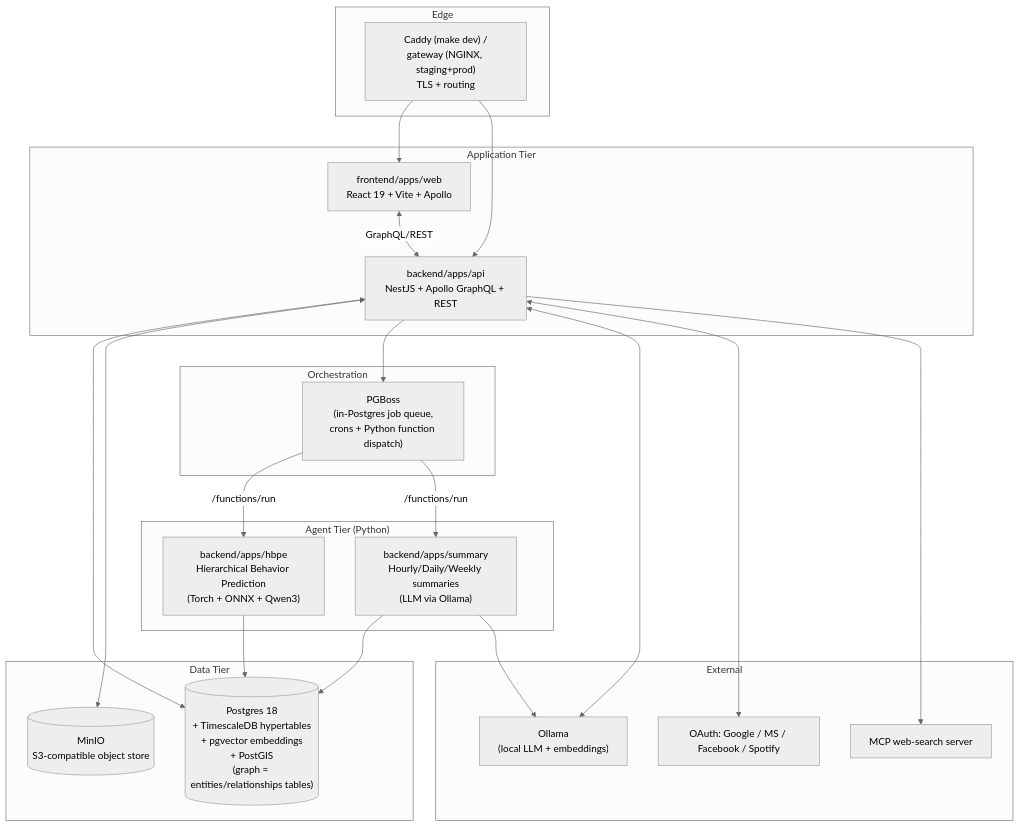
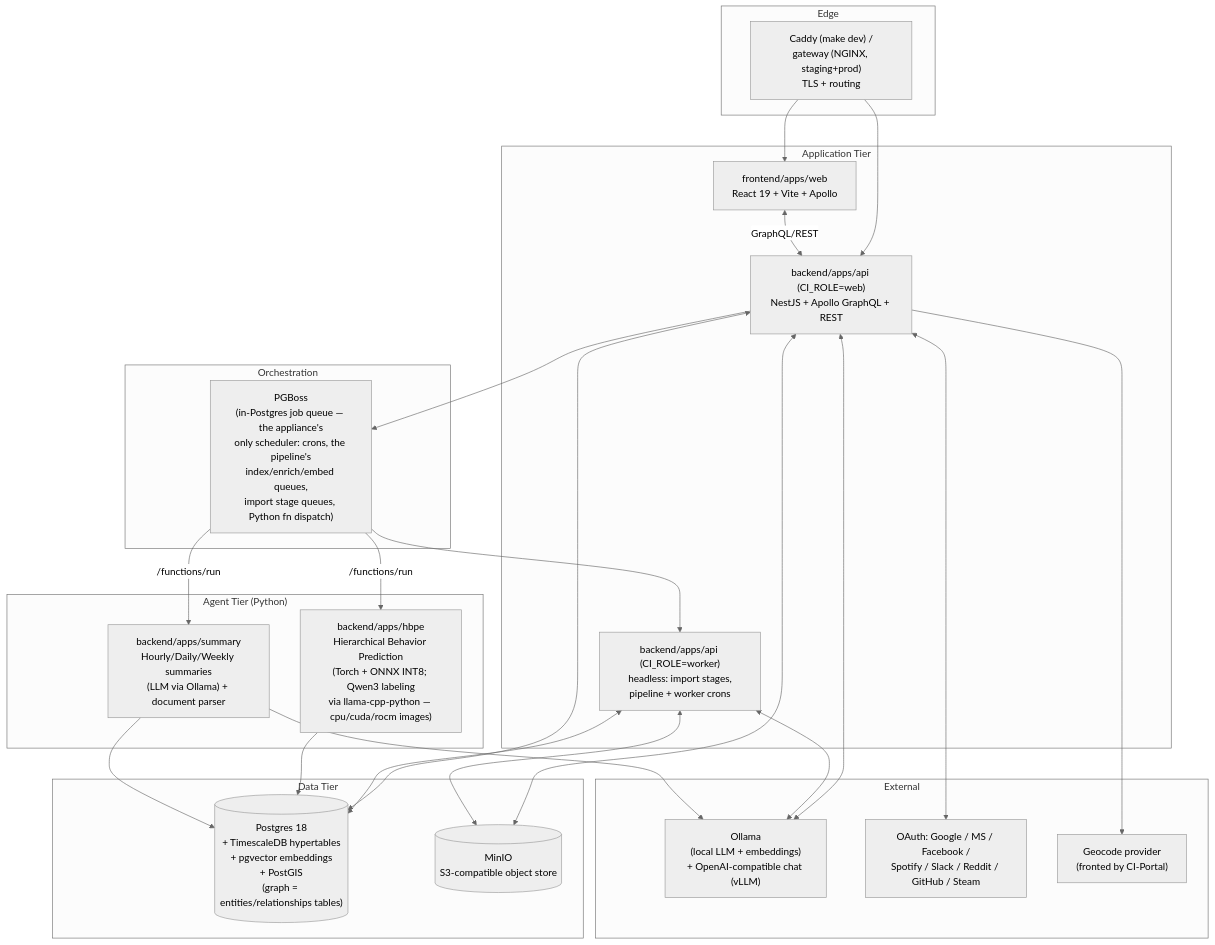
Before and after one commit to bennettchamberlain/Requiemv1: the second of 6 diagrams in docs/architecture/architecture.md, drawn with Mermaid (neutral theme). The commit also changed other lines of this file and 81 other files, not shown here.

````diff
--- a/docs/architecture/architecture.md
+++ b/docs/architecture/architecture.md
@@ -99,46 +107,51 @@
 ```mermaid
 flowchart TB
     subgraph Edge
       NGINX["Caddy (make dev) /<br/>gateway (NGINX, staging+prod)<br/>TLS + routing"]
     end
 
     subgraph App["Application Tier"]
       WEB["frontend/apps/web<br/>React 19 + Vite + Apollo"]
-      API["backend/apps/api<br/>NestJS + Apollo GraphQL + REST"]
+      API["backend/apps/api (CI_ROLE=web)<br/>NestJS + Apollo GraphQL + REST"]
+      WORKER["backend/apps/api (CI_ROLE=worker)<br/>headless: import stages,<br/>pipeline + worker crons"]
     end
 
     subgraph Agents["Agent Tier (Python)"]
-      HBPE["backend/apps/hbpe<br/>Hierarchical Behavior Prediction<br/>(Torch + ONNX + Qwen3)"]
-      SUM["backend/apps/summary<br/>Hourly/Daily/Weekly summaries<br/>(LLM via Ollama)"]
+      HBPE["backend/apps/hbpe<br/>Hierarchical Behavior Prediction<br/>(Torch + ONNX INT8; Qwen3 labeling<br/>via llama-cpp-python — cpu/cuda/rocm images)"]
+      SUM["backend/apps/summary<br/>Hourly/Daily/Weekly summaries<br/>(LLM via Ollama) + document parser"]
     end
 
     subgraph Data["Data Tier"]
       PG[("Postgres 18<br/>+ TimescaleDB hypertables<br/>+ pgvector embeddings<br/>+ PostGIS<br/>(graph = entities/relationships tables)")]
       OBJ[("MinIO<br/>S3-compatible object store")]
     end
 
     subgraph Orchestration
-      PGBOSS["PGBoss<br/>(in-Postgres job queue,<br/>crons + Python function dispatch)"]
+      PGBOSS["PGBoss<br/>(in-Postgres job queue — the appliance's<br/>only scheduler: crons, the pipeline's<br/>index/enrich/embed queues,<br/>import stage queues, Python fn dispatch)"]
     end
 
     subgraph External
-      OLLAMA["Ollama<br/>(local LLM + embeddings)"]
-      OAUTH["OAuth: Google / MS / Facebook / Spotify"]
-      MCPWS["MCP web-search server"]
+      OLLAMA["Ollama<br/>(local LLM + embeddings)<br/>+ OpenAI-compatible chat (vLLM)"]
+      OAUTH["OAuth: Google / MS / Facebook /<br/>Spotify / Slack / Reddit / GitHub / Steam"]
+      GEO["Geocode provider<br/>(fronted by CI-Portal)"]
     end
 
     NGINX --> WEB
     NGINX --> API
     WEB <-- "GraphQL/REST" --> API
     API <--> PG
     API <--> OBJ
     API --> PGBOSS
     API <--> OLLAMA
     API <--> OAUTH
-    API --> MCPWS
+    API --> GEO
+    PGBOSS --> WORKER
+    WORKER <--> PG
+    WORKER <--> OBJ
+    WORKER <--> OLLAMA
     PGBOSS -- "/functions/run" --> HBPE
     PGBOSS -- "/functions/run" --> SUM
     HBPE --> PG
     SUM --> PG
     SUM --> OLLAMA
 ```
````
